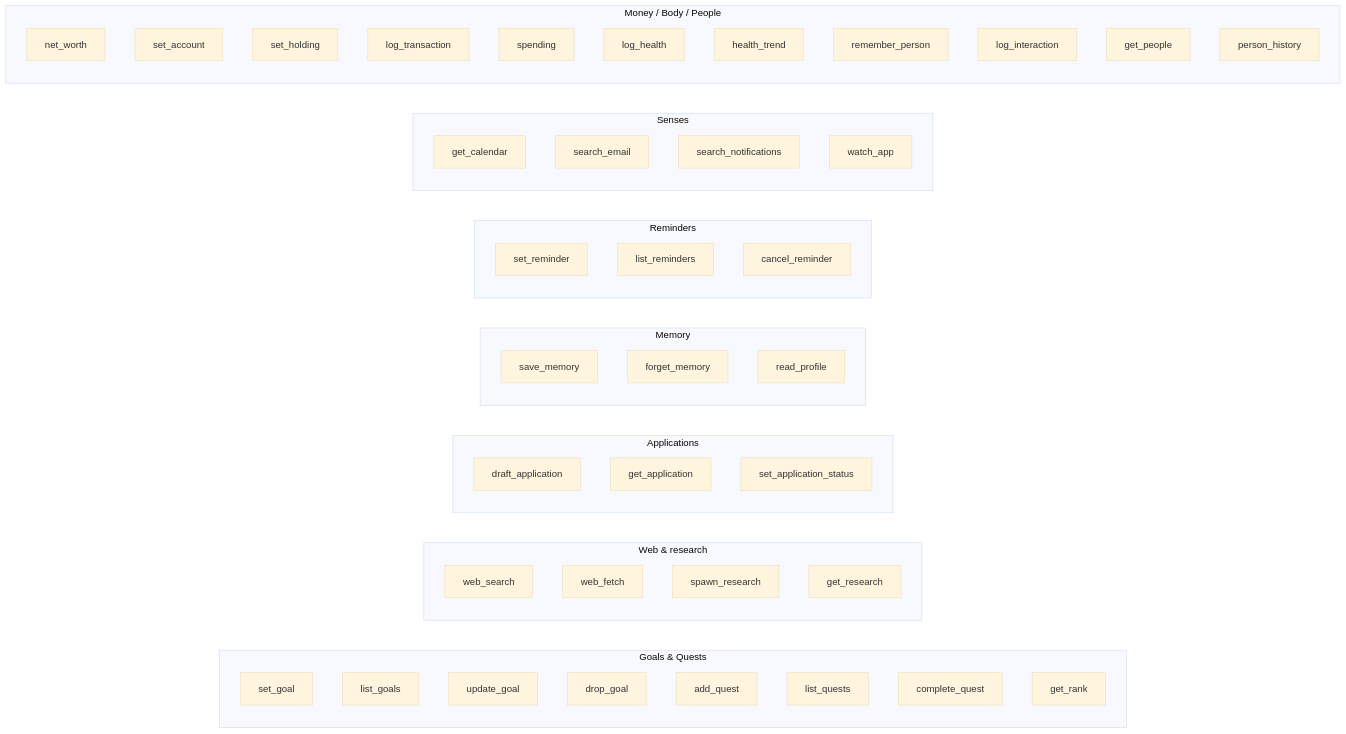
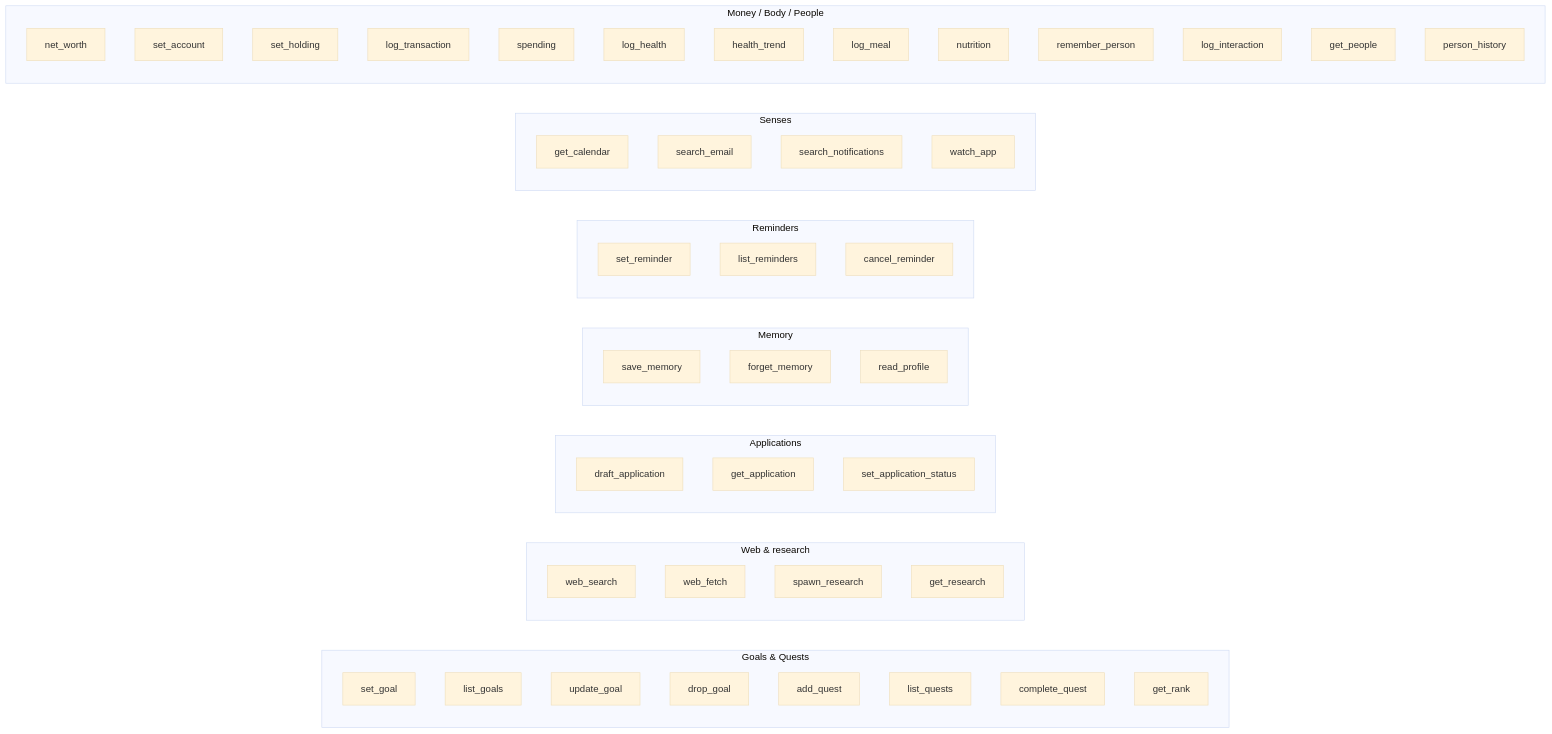
Before and after one commit to saquibjawedbit/grabber: the fourth of 5 diagrams in docs/03-agent.md, drawn with Mermaid (base theme). The commit also changed other lines of this file and 14 other files, not shown here.

````diff
--- a/docs/03-agent.md
+++ b/docs/03-agent.md
@@ -135,27 +157,27 @@
 ```mermaid
 flowchart LR
   subgraph gq["Goals & Quests"]
     set_goal; list_goals; update_goal; drop_goal
     add_quest; list_quests; complete_quest; get_rank
   end
   subgraph web["Web & research"]
     web_search; web_fetch; spawn_research; get_research
   end
   subgraph apps["Applications"]
     draft_application; get_application; set_application_status
   end
   subgraph mem["Memory"]
     save_memory; forget_memory; read_profile
   end
   subgraph rem["Reminders"]
     set_reminder; list_reminders; cancel_reminder
   end
   subgraph sen["Senses"]
     get_calendar; search_email; search_notifications; watch_app
   end
   subgraph money["Money / Body / People"]
     net_worth; set_account; set_holding; log_transaction; spending
-    log_health; health_trend
+    log_health; health_trend; log_meal; nutrition
     remember_person; log_interaction; get_people; person_history
   end
 ```
````
